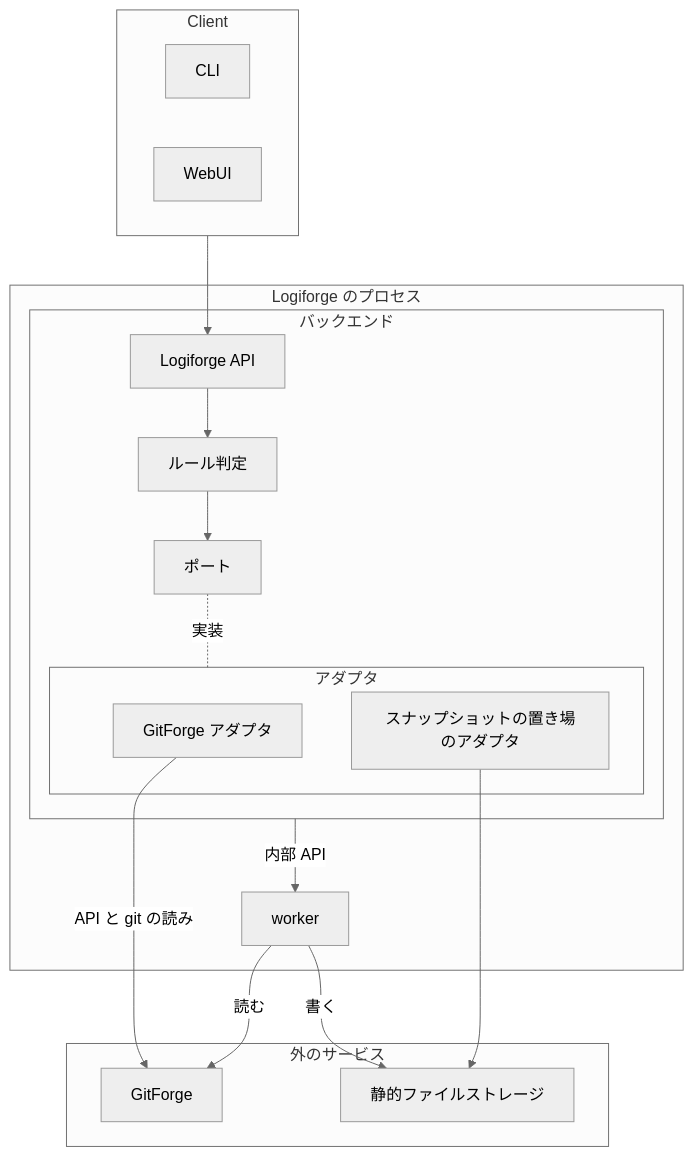
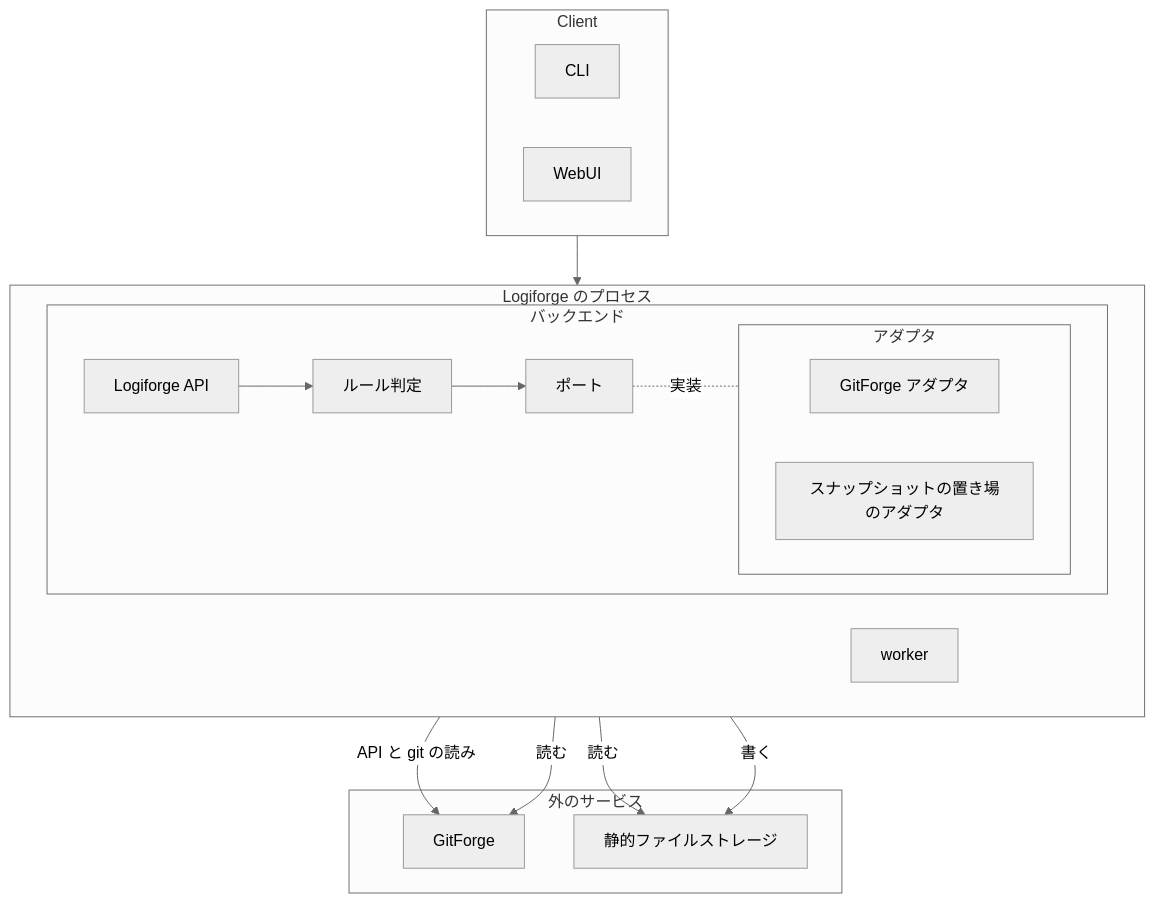
Before and after one commit to yamambainc/logiforge: the diagram in design/architecture.md, drawn with Mermaid (neutral theme). The commit also changed other lines of this file and 24 other files, not shown here.

````diff
--- a/design/architecture.md
+++ b/design/architecture.md
@@ -8,32 +8,32 @@
 ```mermaid
 flowchart TB
   subgraph CL["Client"]
     CLI["CLI"]
     WEB["WebUI"]
   end
   subgraph LP["Logiforge のプロセス"]
+    direction LR
     subgraph BE["バックエンド"]
       API["Logiforge API"]
       RULE["ルール判定"]
       PT["ポート"]
       subgraph AD["アダプタ"]
         FA["GitForge アダプタ"]
         SSA["スナップショットの置き場のアダプタ"]
       end
     end
     W["worker"]
   end
   subgraph EX["外のサービス"]
     FG["GitForge"]
     OBJ["静的ファイルストレージ"]
   end
   CL --> API
   API --> RULE
   RULE --> PT
   PT -.-|実装| AD
-  BE -->|内部 API| W
   FA -->|API と git の読み| FG
-  SSA --> OBJ
+  SSA -->|読む| OBJ
   W -->|読む| FG
   W -->|書く| OBJ
 ```
````
